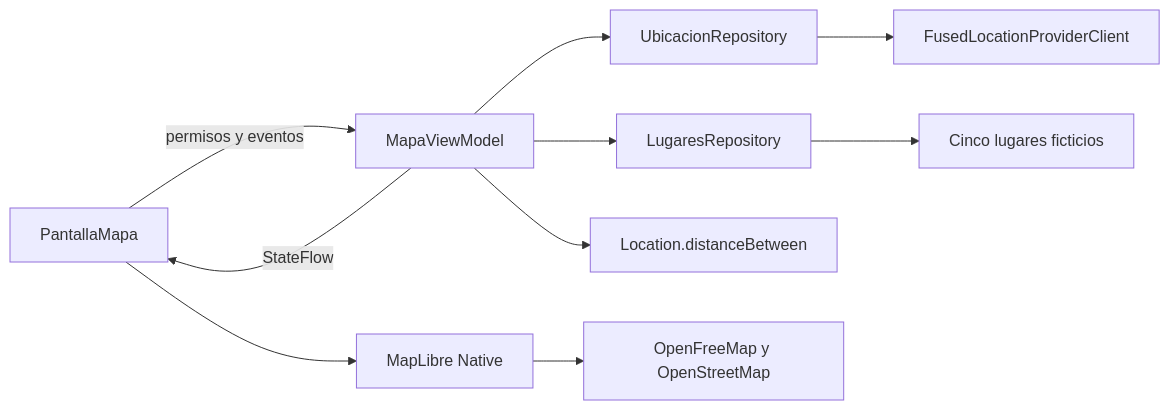
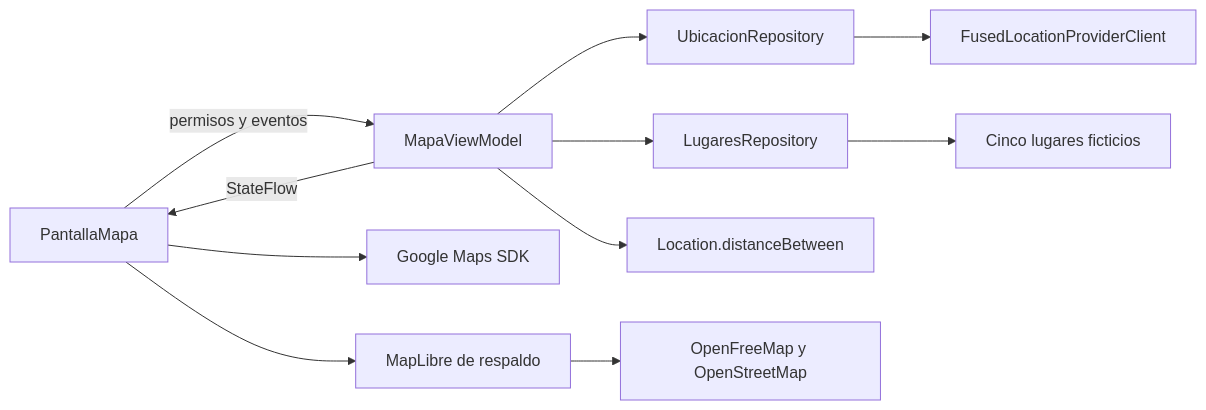
The diagram in SEMANA13/Lab13/README.md (JeryBn/Programaciones_moviles_Becerra), drawn with Mermaid before and after one commit. The commit also changed other lines of this file and 5 other files, not shown here.

Commit message:
feat(semana13): integra Google Maps con configuración local

````diff
--- a/SEMANA13/Lab13/README.md
+++ b/SEMANA13/Lab13/README.md
@@ -28,12 +29,13 @@
 ```mermaid
 flowchart LR
     UI[PantallaMapa] -->|permisos y eventos| VM[MapaViewModel]
     VM -->|StateFlow| UI
     VM --> GPS[UbicacionRepository]
     VM --> DATA[LugaresRepository]
     GPS --> FUSED[FusedLocationProviderClient]
     DATA --> LOCAL[Cinco lugares ficticios]
     VM --> DIST[Location.distanceBetween]
-    UI --> MAP[MapLibre Native]
+    UI --> GOOGLE[Google Maps SDK]
+    UI --> MAP[MapLibre de respaldo]
     MAP --> TILES[OpenFreeMap y OpenStreetMap]
 ```
````
